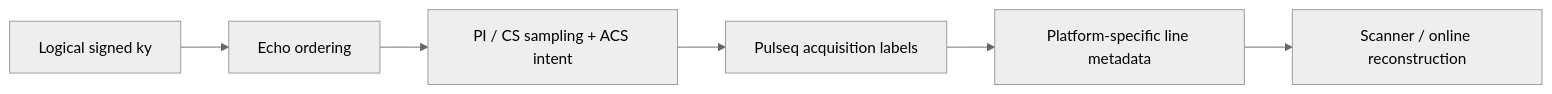
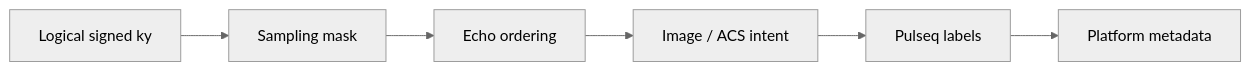
One commit to BennyZhang-Codes/tse-pulseq-matlab changed the first of 2 diagrams in docs/theory/phase-encoding.md. Above: the diagram before and after it, drawn with Mermaid (neutral theme). The commit also changed other lines of this file, not shown here.

````diff
--- a/docs/theory/phase-encoding.md
+++ b/docs/theory/phase-encoding.md
@@ -52,8 +41,8 @@
 ```mermaid
 flowchart LR
-    A["Logical signed ky"] --> B["Echo ordering"]
-    B --> C["PI / CS sampling + ACS intent"]
-    C --> D["Pulseq acquisition labels"]
-    D --> E["Platform-specific line metadata"]
-    E --> F["Scanner / online reconstruction"]
+    A[Logical signed ky] --> B[Sampling mask]
+    B --> C[Echo ordering]
+    C --> D[Image / ACS intent]
+    D --> E[Pulseq labels]
+    E --> F[Platform metadata]
 ```
````
